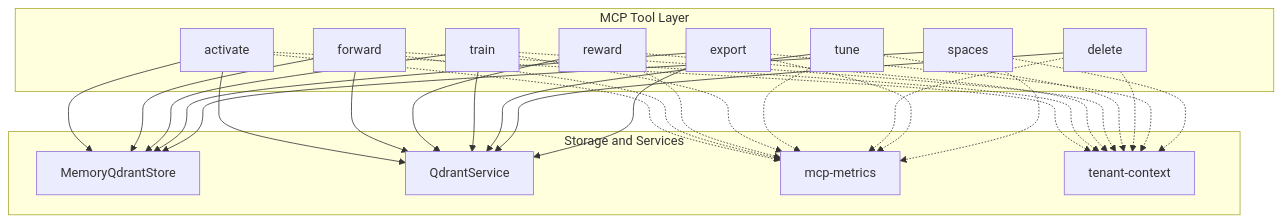
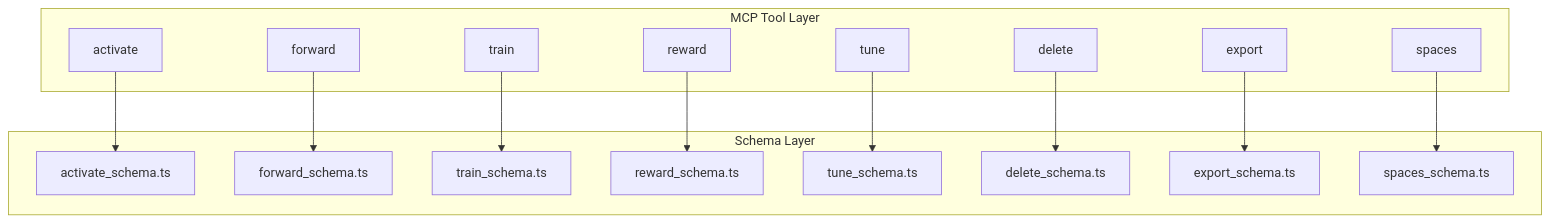
One commit to SquadRules/mcp changed the first of 11 diagrams in .qoder/repowiki/en/content/MCP Tools Reference/MCP Tools Reference.md. Above: the diagram before and after it, drawn with Mermaid. The commit also changed other lines of this file and 553 other files, not shown here.

````diff
--- a/.qoder/repowiki/en/content/MCP Tools Reference/MCP Tools Reference.md
+++ b/.qoder/repowiki/en/content/MCP Tools Reference/MCP Tools Reference.md
@@ -46,47 +50,31 @@
 ```mermaid
 graph TB
 subgraph "MCP Tool Layer"
 ACT["activate"]
 FWD["forward"]
+TRN["train"]
 RWD["reward"]
-TRN["train"]
 TUN["tune"]
 DEL["delete"]
 EXP["export"]
 SPC["spaces"]
 end
-subgraph "Storage and Services"
-MEM["MemoryQdrantStore"]
-QDR["QdrantService"]
-MET["mcp-metrics"]
-TEN["tenant-context"]
+subgraph "Schema Layer"
+ACT_S["activate_schema.ts"]
+FWD_S["forward_schema.ts"]
+TRN_S["train_schema.ts"]
+RWD_S["reward_schema.ts"]
+TUN_S["tune_schema.ts"]
+DEL_S["delete_schema.ts"]
+EXP_S["export_schema.ts"]
+SPC_S["spaces_schema.ts"]
 end
-ACT --> MEM
-ACT --> QDR
-FWD --> MEM
-FWD --> QDR
-RWD --> QDR
-TRN --> MEM
-TRN --> QDR
-TUN --> QDR
-DEL --> QDR
-EXP --> MEM
-EXP --> QDR
-SPC --> MEM
-ACT -.-> MET
-FWD -.-> MET
-RWD -.-> MET
-TRN -.-> MET
-TUN -.-> MET
-DEL -.-> MET
-EXP -.-> MET
-SPC -.-> MET
-ACT -.-> TEN
-FWD -.-> TEN
-RWD -.-> TEN
-TRN -.-> TEN
-TUN -.-> TEN
-DEL -.-> TEN
-EXP -.-> TEN
-SPC -.-> TEN
+ACT --> ACT_S
+FWD --> FWD_S
+TRN --> TRN_S
+RWD --> RWD_S
+TUN --> TUN_S
+DEL --> DEL_S
+EXP --> EXP_S
+SPC --> SPC_S
 ```
````
